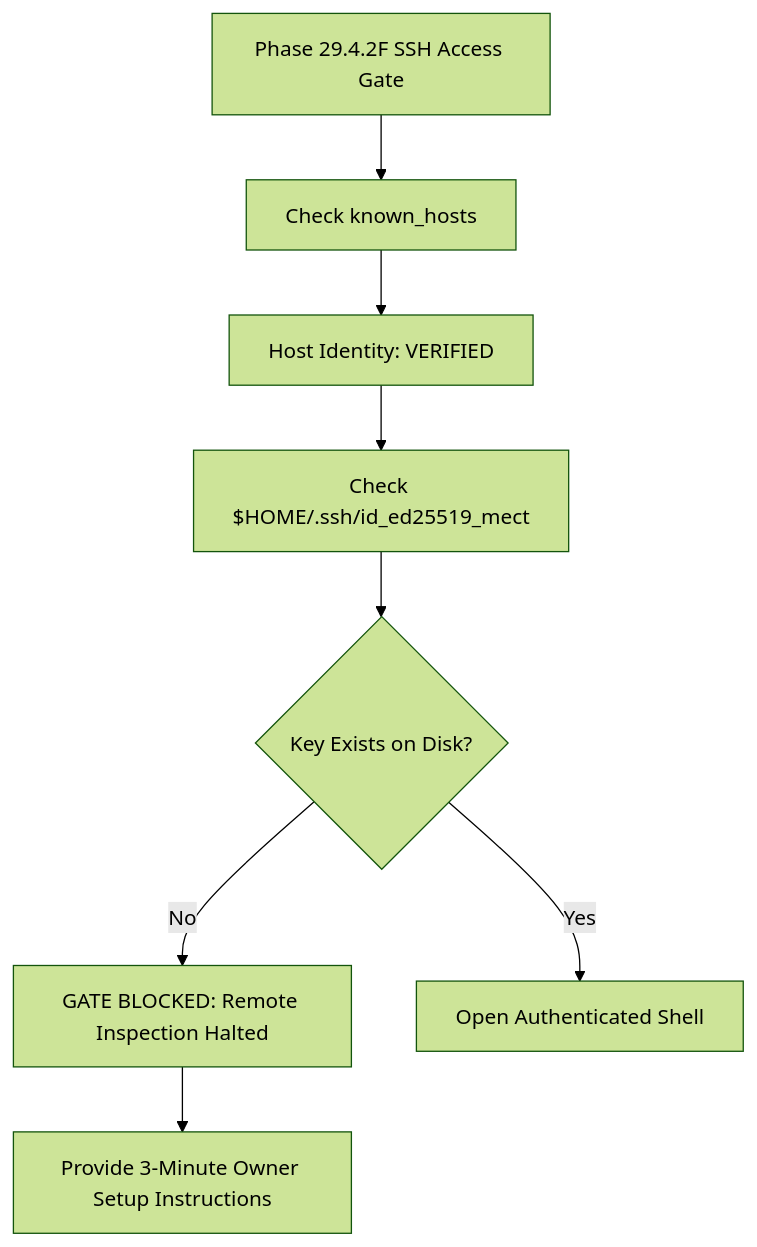
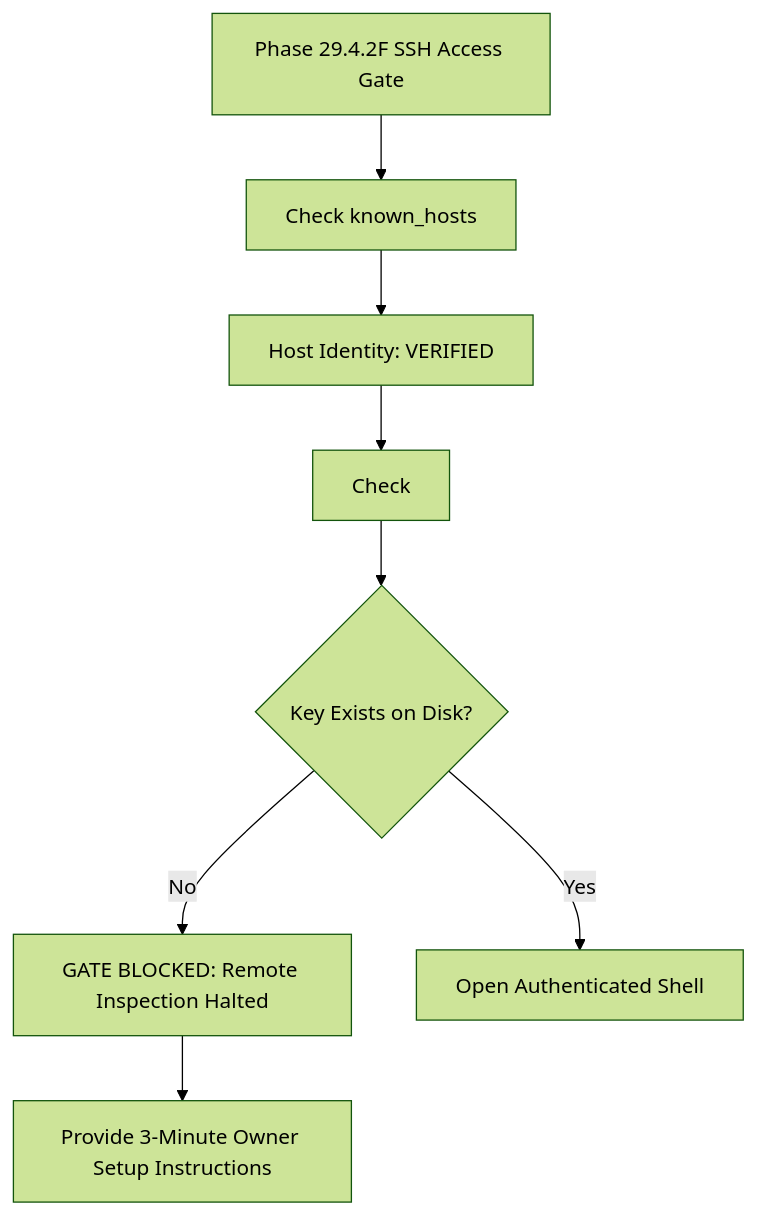
One commit to Himansu-Nayak/MECT changed the diagram in MECT_PHASE_29_4_2F_SSH_ACCESS_VERIFICATION.md. Above: the diagram before and after it, drawn with Mermaid (forest theme). The commit also changed other lines of this file and 208 other files, not shown here.

````diff
--- a/MECT_PHASE_29_4_2F_SSH_ACCESS_VERIFICATION.md
+++ b/MECT_PHASE_29_4_2F_SSH_ACCESS_VERIFICATION.md
@@ -59,10 +59,10 @@
 ```mermaid
 flowchart TD
     Start[Phase 29.4.2F SSH Access Gate] --> CheckKnownHosts[Check known_hosts]
     CheckKnownHosts --> HostOK[Host Identity: VERIFIED]
-    HostOK --> CheckKey[Check $HOME/.ssh/id_ed25519_mect]
+    HostOK --> CheckKey[Check <SSH_KEY_PATH>]
     CheckKey --> KeyStatus{Key Exists on Disk?}
     KeyStatus -- No --> GateBlocked[GATE BLOCKED: Remote Inspection Halted]
     GateBlocked --> OwnerInstructions[Provide 3-Minute Owner Setup Instructions]
     KeyStatus -- Yes --> Connect[Open Authenticated Shell]
 ```
````
